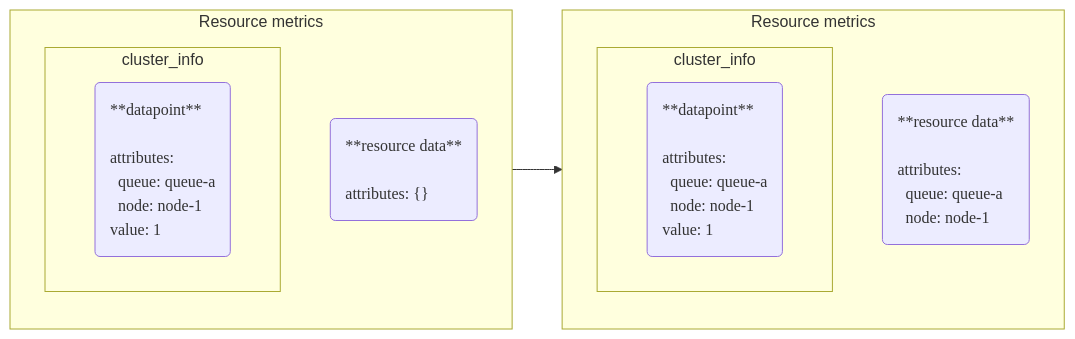
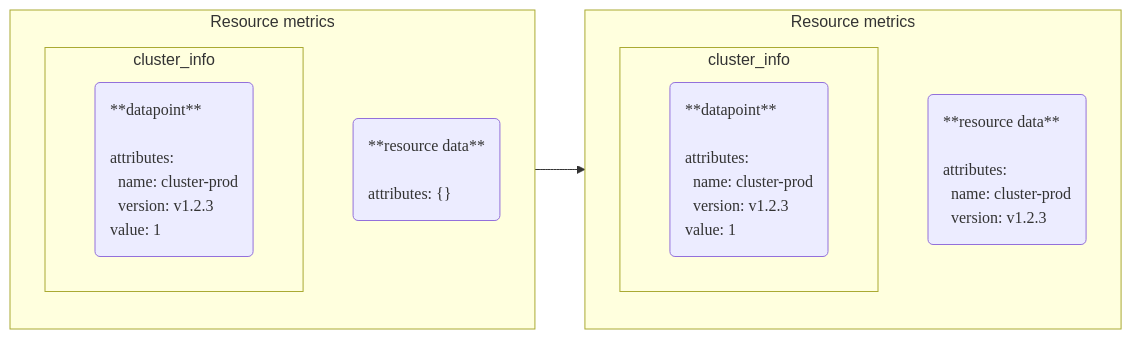
The diagram in diagram/prom-2-resource-attrs.mmd (evan-bradley/ottl-cookbook), drawn with Mermaid before and after one commit.

Commit message:
better mq cluster attrs

```diff
--- a/diagram/prom-2-resource-attrs.mmd
+++ b/diagram/prom-2-resource-attrs.mmd
@@ -1,37 +1,37 @@
 flowchart LR
     classDef data font-family: Roboto Mono, text-align: left;
 
     subgraph before ["Resource metrics"]
         subgraph metric0 ["cluster_info"]
         m0-dp0(**datapoint**
             &nbsp;
             attributes:
-            &nbsp;&nbsp;queue: queue-a
-            &nbsp;&nbsp;node: node-1
+            &nbsp;&nbsp;name: cluster-prod
+            &nbsp;&nbsp;version: v1.2.3
             value: 1
         ):::data
         end
         r0("**resource data**
             &nbsp;
             attributes: {}
         "):::data
     end
 
     subgraph after ["Resource metrics"]
         subgraph metric1 ["cluster_info"]
         m1-dp0(**datapoint**
             &nbsp;
             attributes:
-            &nbsp;&nbsp;queue: queue-a
-            &nbsp;&nbsp;node: node-1
+            &nbsp;&nbsp;name: cluster-prod
+            &nbsp;&nbsp;version: v1.2.3
             value: 1
         ):::data
         end
         r1("**resource data**
             &nbsp;
             attributes:
-            &nbsp;&nbsp;queue: queue-a
-            &nbsp;&nbsp;node: node-1
+            &nbsp;&nbsp;name: cluster-prod
+            &nbsp;&nbsp;version: v1.2.3
         "):::data
     end
     before --> after
```
